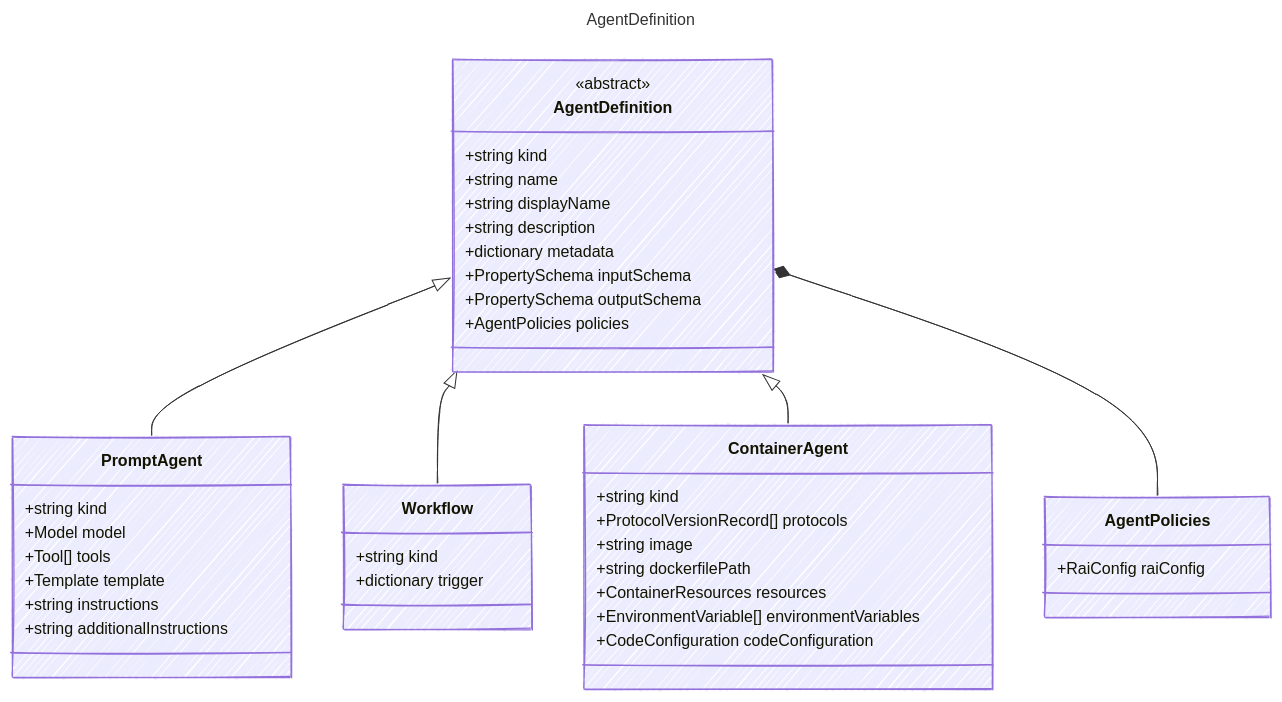
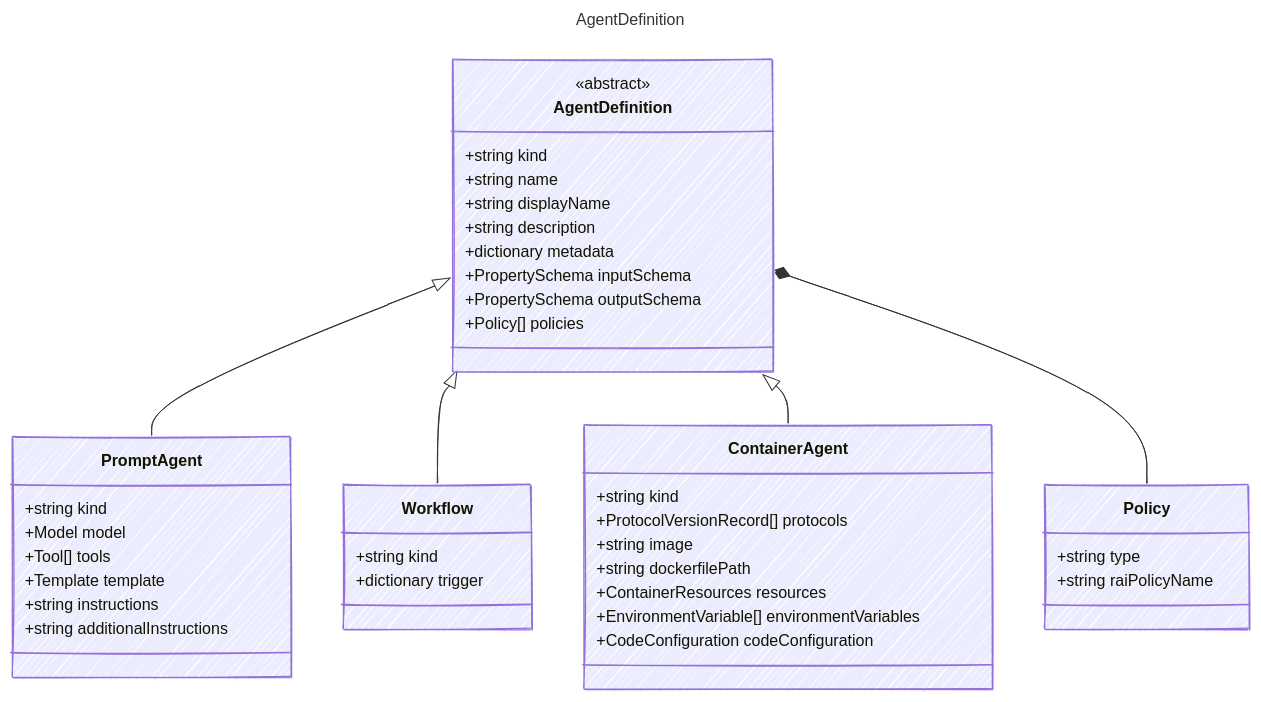
Before and after one commit to microsoft/AgentSchema: the diagram in docs/src/content/docs/reference/AgentDefinition.md, drawn with Mermaid. The commit also changed other lines of this file and 48 other files, not shown here.

First line of the commit message:
Make policies a generic typed list on AgentDefinition

````diff
--- a/docs/src/content/docs/reference/AgentDefinition.md
+++ b/docs/src/content/docs/reference/AgentDefinition.md
@@ -14,50 +14,51 @@
 ```mermaid
 ---
 title: AgentDefinition
 config:
   look: handDrawn
   theme: colorful
   class:
     hideEmptyMembersBox: true
 ---
 classDiagram
     class AgentDefinition {
       <<abstract>>
         +string kind
         +string name
         +string displayName
         +string description
         +dictionary metadata
         +PropertySchema inputSchema
         +PropertySchema outputSchema
-        +AgentPolicies policies
+        +Policy[] policies
     }
     class PromptAgent {
         +string kind
         +Model model
         +Tool[] tools
         +Template template
         +string instructions
         +string additionalInstructions
     }
     AgentDefinition <|-- PromptAgent
     class Workflow {
         +string kind
         +dictionary trigger
     }
     AgentDefinition <|-- Workflow
     class ContainerAgent {
         +string kind
         +ProtocolVersionRecord[] protocols
         +string image
         +string dockerfilePath
         +ContainerResources resources
         +EnvironmentVariable[] environmentVariables
         +CodeConfiguration codeConfiguration
     }
     AgentDefinition <|-- ContainerAgent
-    class AgentPolicies {
-        +RaiConfig raiConfig
+    class Policy {
+        +string type
+        +string raiPolicyName
     }
-    AgentDefinition *-- AgentPolicies
+    AgentDefinition *-- Policy
 ```
````
